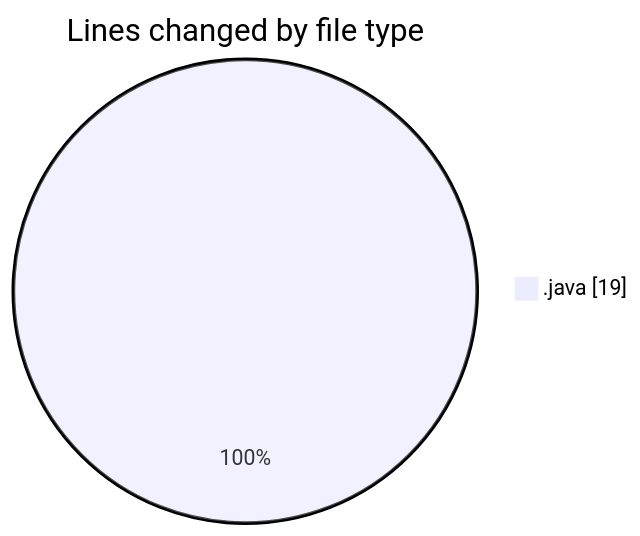
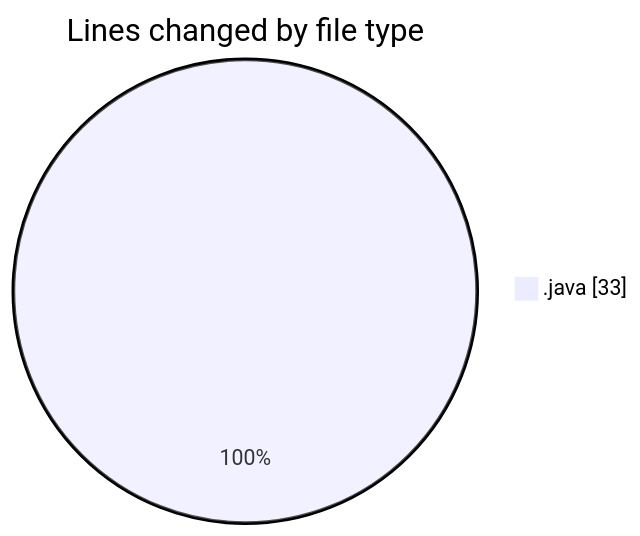
The first of 2 diagrams in 2025-02-10/classwork/README.md (NitaiMahat/code-tracking), drawn with Mermaid before and after one commit. The commit also changed other lines of this file and 1 other file, not shown here.

````diff
--- a/2025-02-10/classwork/README.md
+++ b/2025-02-10/classwork/README.md
@@ -20,5 +21,5 @@
 ```mermaid
 pie showData
 title Lines changed by file type
-".java" : 19
+".java" : 33
 ```
````
